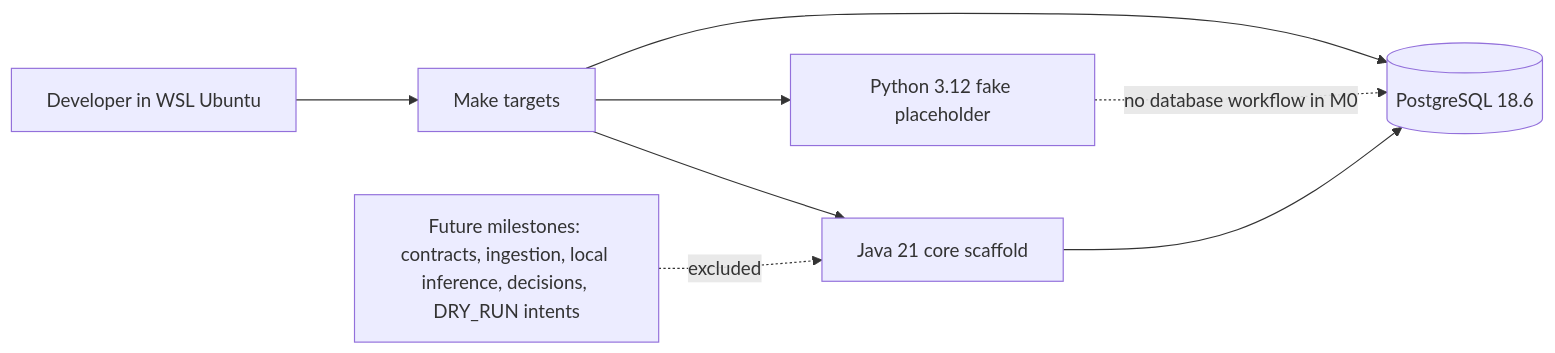
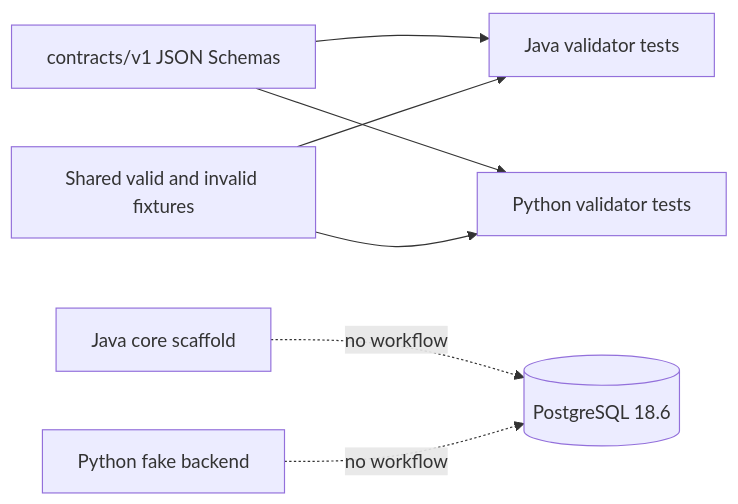
Before and after one commit to Flev05/news-swing-trader: the diagram in docs/architecture.md, drawn with Mermaid. The commit also changed other lines of this file and 29 other files, not shown here.

Commit message:
feat: define versioned news and inference contracts

````diff
--- a/docs/architecture.md
+++ b/docs/architecture.md
@@ -5,10 +7,9 @@
 ```mermaid
 flowchart LR
-    Dev[Developer in WSL Ubuntu] --> Make[Make targets]
-    Make --> Core[Java 21 core scaffold]
-    Make --> Worker[Python 3.12 fake placeholder]
-    Make --> Db[(PostgreSQL 18.6)]
-    Core --> Db
-    Worker -. no database workflow in M0 .-> Db
-    Future[Future milestones: contracts, ingestion, local inference, decisions, DRY_RUN intents] -. excluded .-> Core
+    Schemas[contracts/v1 JSON Schemas] --> Java[Java validator tests]
+    Schemas --> Python[Python validator tests]
+    Corpus[Shared valid and invalid fixtures] --> Java
+    Corpus --> Python
+    Core[Java core scaffold] -. no workflow .-> Db[(PostgreSQL 18.6)]
+    Worker[Python fake backend] -. no workflow .-> Db
 ```
````
